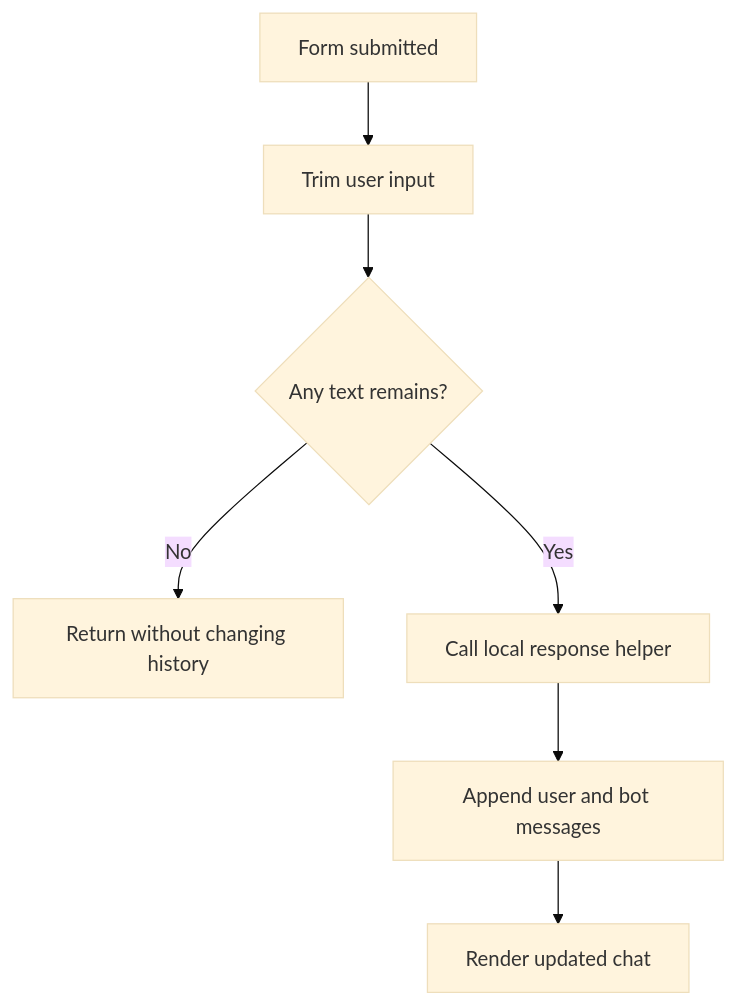
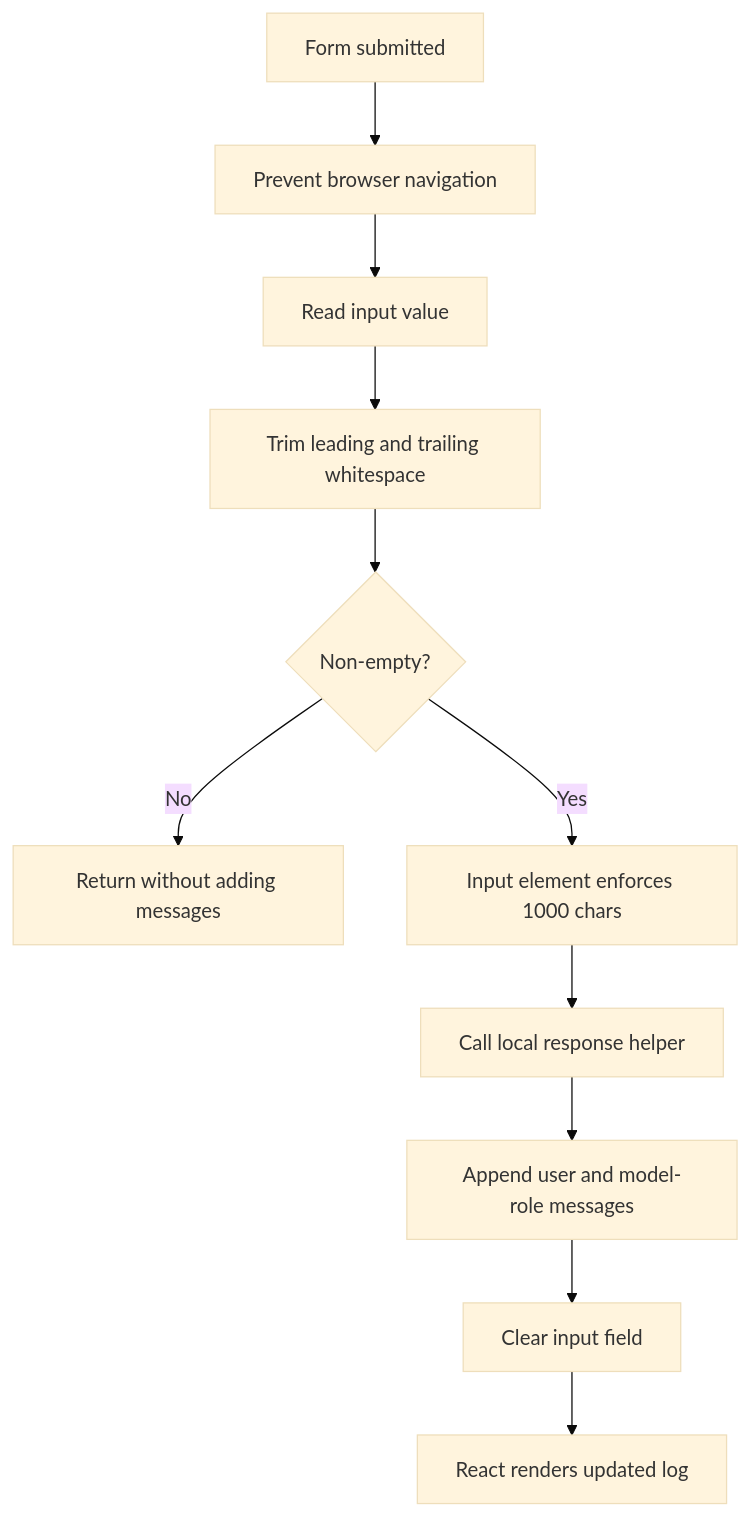
Before and after one commit to Brajesh31/chat-bot: the diagram in docs/diagrams/ERROR_FLOW.md, drawn with Mermaid (base theme). The commit also changed other lines of this file and 84 other files, not shown here.

````diff
--- a/docs/diagrams/ERROR_FLOW.md
+++ b/docs/diagrams/ERROR_FLOW.md
@@ -3,9 +5,13 @@
 ```mermaid
 flowchart TD
- A[Form submitted] --> B[Trim user input]
- B --> C{Any text remains?}
- C -- No --> D[Return without changing history]
- C -- Yes --> E[Call local response helper]
- E --> F[Append user and bot messages]
- F --> G[Render updated chat]
+ Submit[Form submitted] --> Prevent[Prevent browser navigation]
+ Prevent --> Read[Read input value]
+ Read --> Trim[Trim leading and trailing whitespace]
+ Trim --> Valid{Non-empty?}
+ Valid -- No --> Ignore[Return without adding messages]
+ Valid -- Yes --> Limit[Input element enforces 1000 chars]
+ Limit --> Helper[Call local response helper]
+ Helper --> Pair[Append user and model-role messages]
+ Pair --> Clear[Clear input field]
+ Clear --> Render[React renders updated log]
 ```
````
